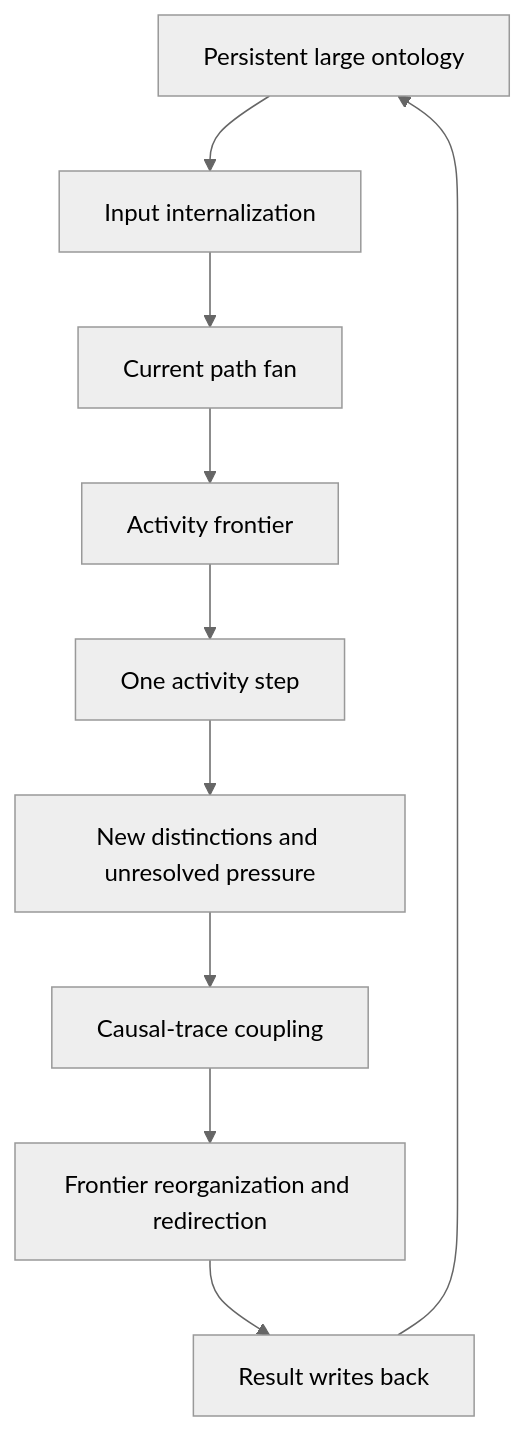
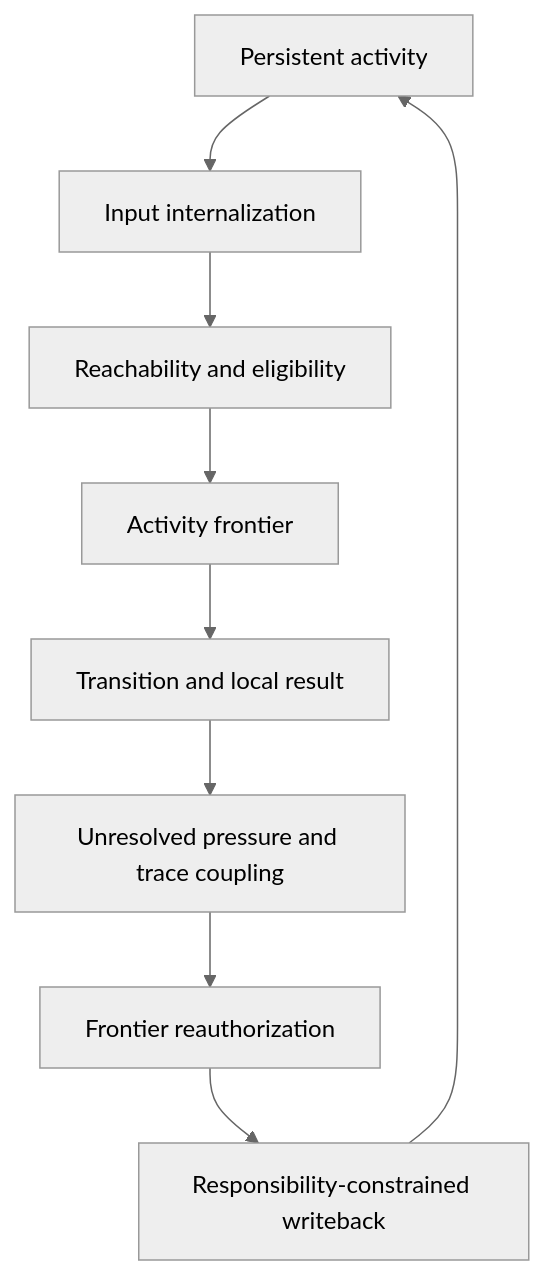
Before and after one commit to Keynes243/NSE-Manifold: the diagram in README.md, drawn with Mermaid (neutral theme). The commit also changed other lines of this file and 1 other file, not shown here.

````diff
--- a/README.md
+++ b/README.md
@@ -70,12 +49,11 @@
 ```mermaid
 flowchart TD
-    B["Persistent large ontology"] --> U["Input internalization"]
-    U --> P["Current path fan"]
-    P --> F["Activity frontier"]
-    F --> A["One activity step"]
-    A --> N["New distinctions and unresolved pressure"]
-    N --> R["Causal-trace coupling"]
-    R --> G["Frontier reorganization and redirection"]
-    G --> W["Result writes back"]
-    W --> B
+    A["Persistent activity"] --> B["Input internalization"]
+    B --> C["Reachability and eligibility"]
+    C --> D["Activity frontier"]
+    D --> E["Transition and local result"]
+    E --> F["Unresolved pressure and trace coupling"]
+    F --> G["Frontier reauthorization"]
+    G --> H["Responsibility-constrained writeback"]
+    H --> A
 ```
````
